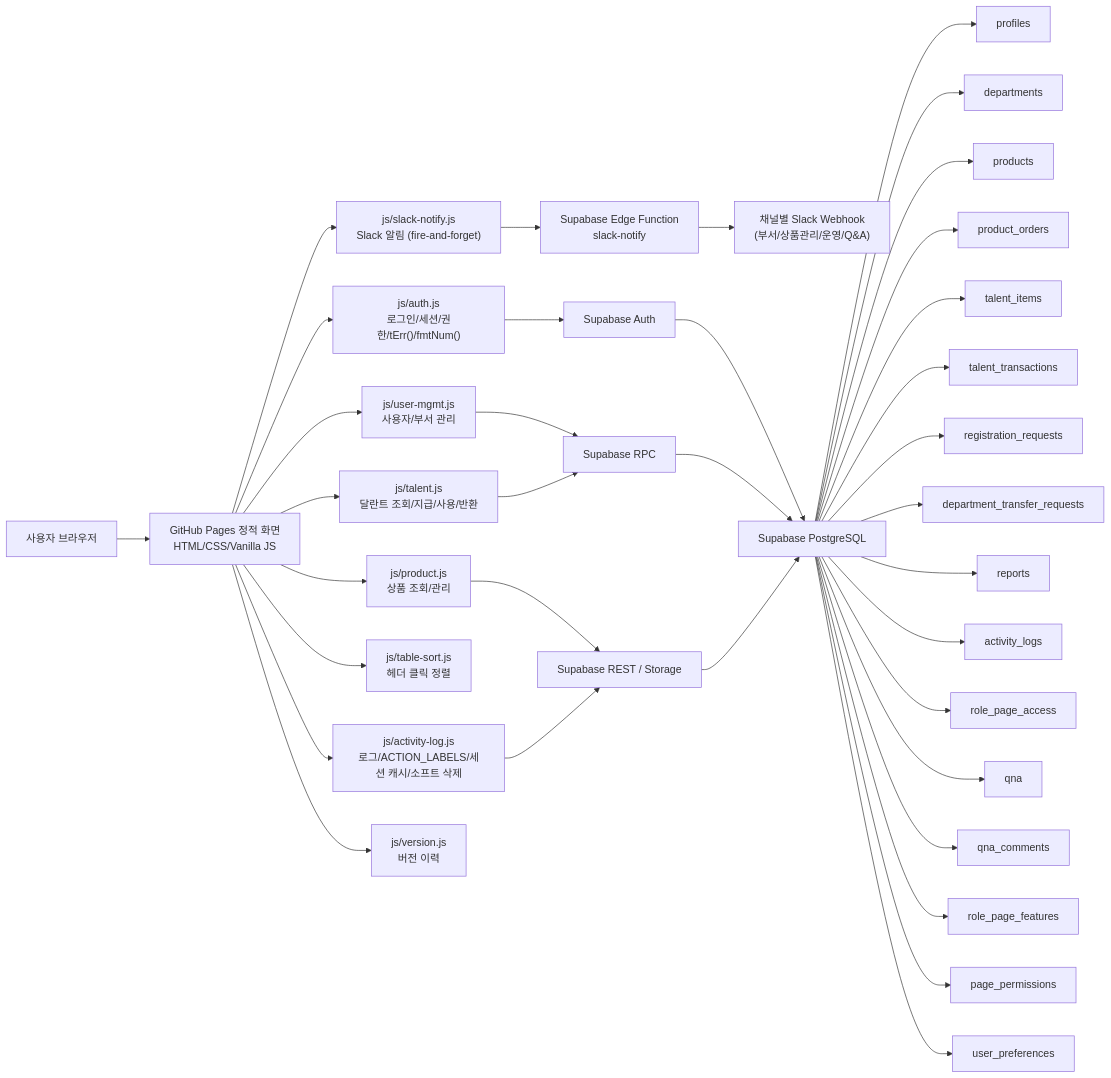
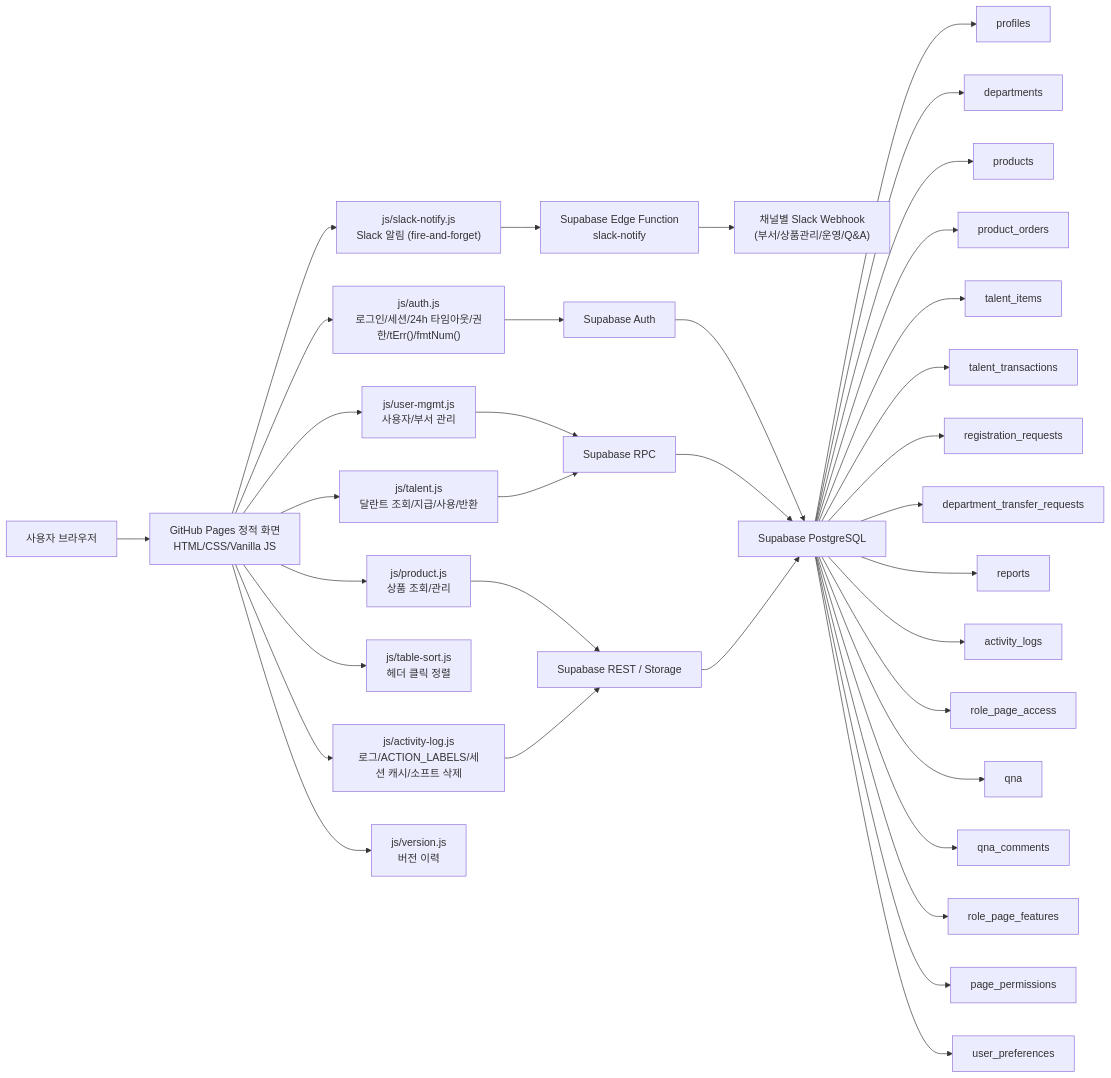
Before and after one commit to CHO-Talents/CHO-Talents: the first of 15 diagrams in docs/PROJECT_ARCHITECTURE_FLOW.md, drawn with Mermaid. The commit also changed other lines of this file and 59 other files, not shown here.

````diff
--- a/docs/PROJECT_ARCHITECTURE_FLOW.md
+++ b/docs/PROJECT_ARCHITECTURE_FLOW.md
@@ -25,43 +25,43 @@
 ```mermaid
 flowchart LR
   User["사용자 브라우저"] --> Pages["GitHub Pages 정적 화면<br/>HTML/CSS/Vanilla JS"]
 
-  Pages --> AuthJS["js/auth.js<br/>로그인/세션/권한/tErr()/fmtNum()"]
+  Pages --> AuthJS["js/auth.js<br/>로그인/세션/24h 타임아웃/권한/tErr()/fmtNum()"]
   Pages --> LogJS["js/activity-log.js<br/>로그/ACTION_LABELS/세션 캐시/소프트 삭제"]
   Pages --> UserMgmt["js/user-mgmt.js<br/>사용자/부서 관리"]
   Pages --> TalentJS["js/talent.js<br/>달란트 조회/지급/사용/반환"]
   Pages --> ProductJS["js/product.js<br/>상품 조회/관리"]
   Pages --> TableSortJS["js/table-sort.js<br/>헤더 클릭 정렬"]
   Pages --> SlackJS["js/slack-notify.js<br/>Slack 알림 (fire-and-forget)"]
   Pages --> VersionJS["js/version.js<br/>버전 이력"]
 
   SlackJS --> EdgeFn["Supabase Edge Function<br/>slack-notify"]
   EdgeFn --> Slack["채널별 Slack Webhook<br/>(부서/상품관리/운영/Q&A)"]
 
   AuthJS --> Auth["Supabase Auth"]
   UserMgmt --> RPC["Supabase RPC"]
   TalentJS --> RPC
   ProductJS --> Rest["Supabase REST / Storage"]
   LogJS --> Rest
 
   Auth --> DB["Supabase PostgreSQL"]
   RPC --> DB
   Rest --> DB
 
   DB --> Profiles["profiles"]
   DB --> Departments["departments"]
   DB --> Products["products"]
   DB --> Orders["product_orders"]
   DB --> Items["talent_items"]
   DB --> Transactions["talent_transactions"]
   DB --> Requests["registration_requests"]
   DB --> Transfers["department_transfer_requests"]
   DB --> Reports["reports"]
   DB --> Logs["activity_logs"]
   DB --> RoleAccess["role_page_access"]
   DB --> QnA["qna"]
   DB --> QnAComments["qna_comments"]
   DB --> RoleFeatures["role_page_features"]
   DB --> PagePerms["page_permissions"]
   DB --> UserPrefs["user_preferences"]
 ```
````
